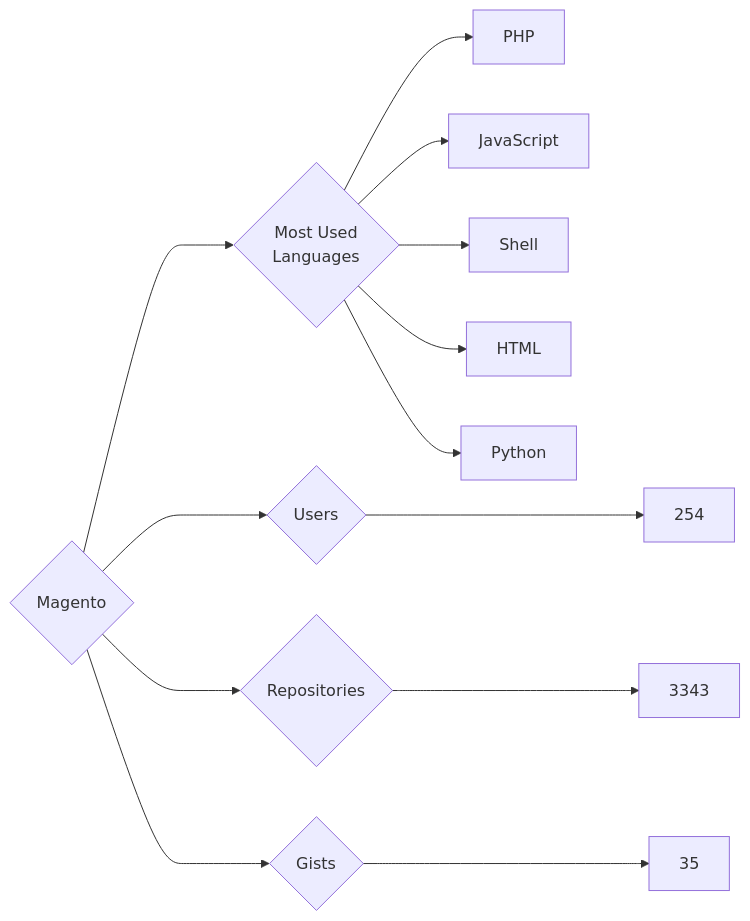
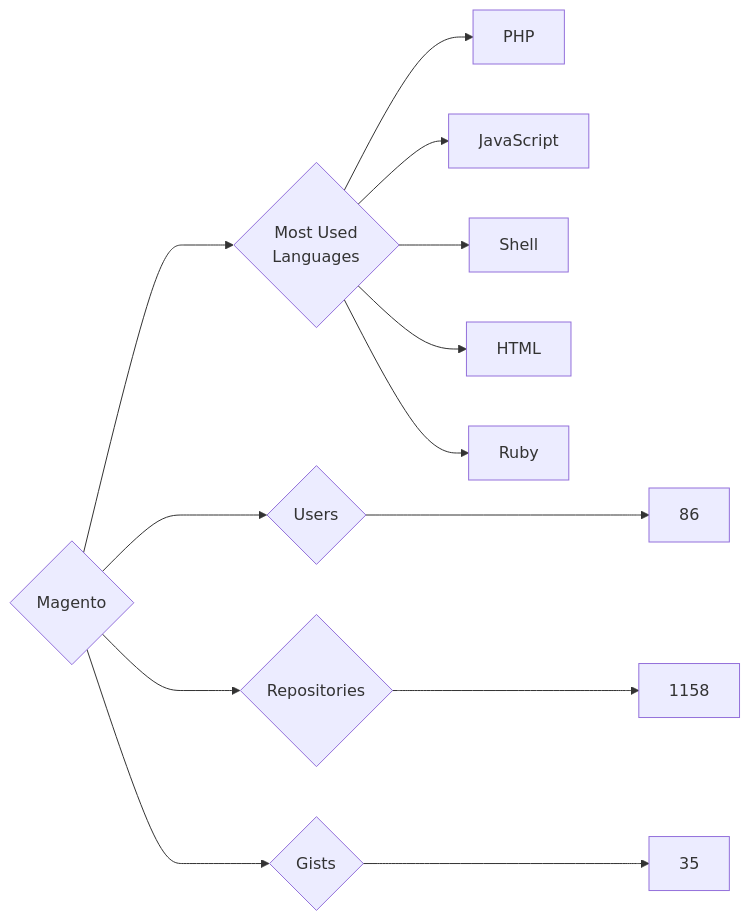
One commit to trickest/insiders changed the diagram in targets/Magento/README.md. Above: the diagram before and after it, drawn with Mermaid. The commit also changed 930 other files, not shown here.

````diff
--- a/targets/Magento/README.md
+++ b/targets/Magento/README.md
@@ -3,13 +3,13 @@
 ```mermaid
 graph LR
 COMPANY_NAME{Magento}
-COMPANY_NAME ---> U{Users} ---> UN[254]
-COMPANY_NAME ---> R{Repositories} ---> RN[3343]
+COMPANY_NAME ---> U{Users} ---> UN[86]
+COMPANY_NAME ---> R{Repositories} ---> RN[1158]
 COMPANY_NAME ---> G{Gists} ---> GN[35]
 COMPANY_NAME ---> ML{Most Used<br>Languages}
 ML --> PHP[PHP]
 ML --> JavaScript[JavaScript]
 ML --> Shell[Shell]
 ML --> HTML[HTML]
-ML --> Python[Python]
+ML --> Ruby[Ruby]
 ```
````
